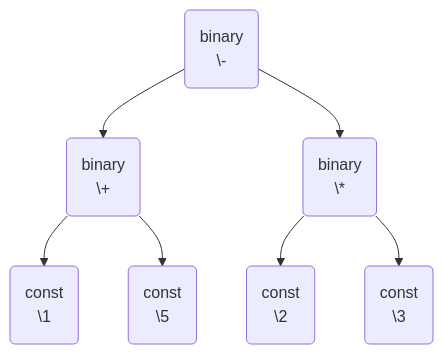
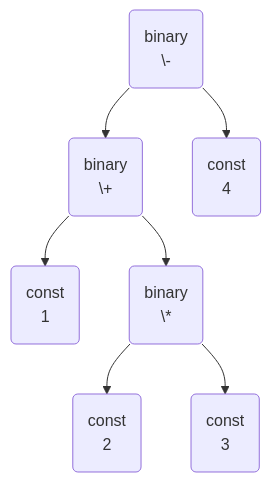
One commit to subreax/sparkc changed the diagram in ast.md. Above: the diagram before and after it, drawn with Mermaid. The commit also changed 11 other files, not shown here.

````diff
--- a/ast.md
+++ b/ast.md
@@ -1,17 +1,17 @@
 ```mermaid
 flowchart TB
     id0("binary
 \-")
     id0 --> id1("binary
 \+")
     id1 --> id2("const
-\1")
-    id1 --> id3("const
-\5")
-    id0 --> id4("binary
+1")
+    id1 --> id3("binary
 \*")
-    id4 --> id5("const
-\2")
-    id4 --> id6("const
-\3")
+    id3 --> id4("const
+2")
+    id3 --> id5("const
+3")
+    id0 --> id6("const
+4")
 ```
````
